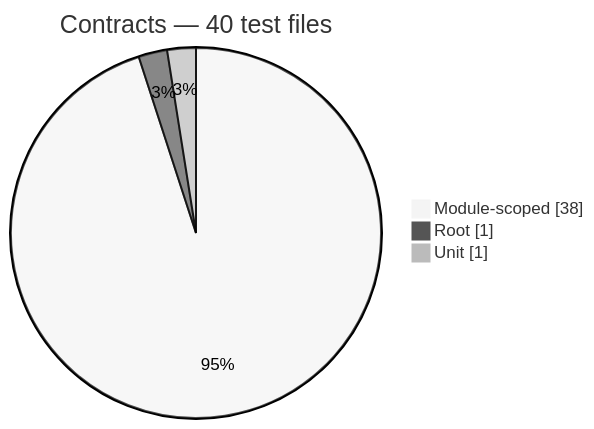
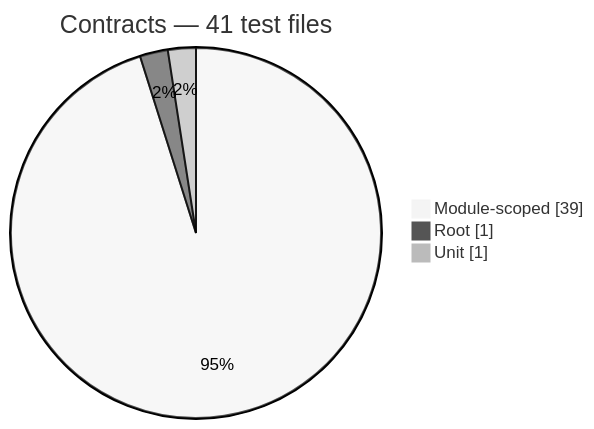
Before and after one commit to PHP-Arazzo/php-arazzo: the first of 13 diagrams in docs/generated/test-composition.md, drawn with Mermaid (neutral theme). The commit also changed other lines of this file and 11 other files, not shown here.

````diff
--- a/docs/generated/test-composition.md
+++ b/docs/generated/test-composition.md
@@ -14,7 +14,7 @@
 ```mermaid
 pie showData
-    title Contracts — 40 test files
-    "Module-scoped": 38
+    title Contracts — 41 test files
+    "Module-scoped": 39
     "Root": 1
     "Unit": 1
 ```
````
